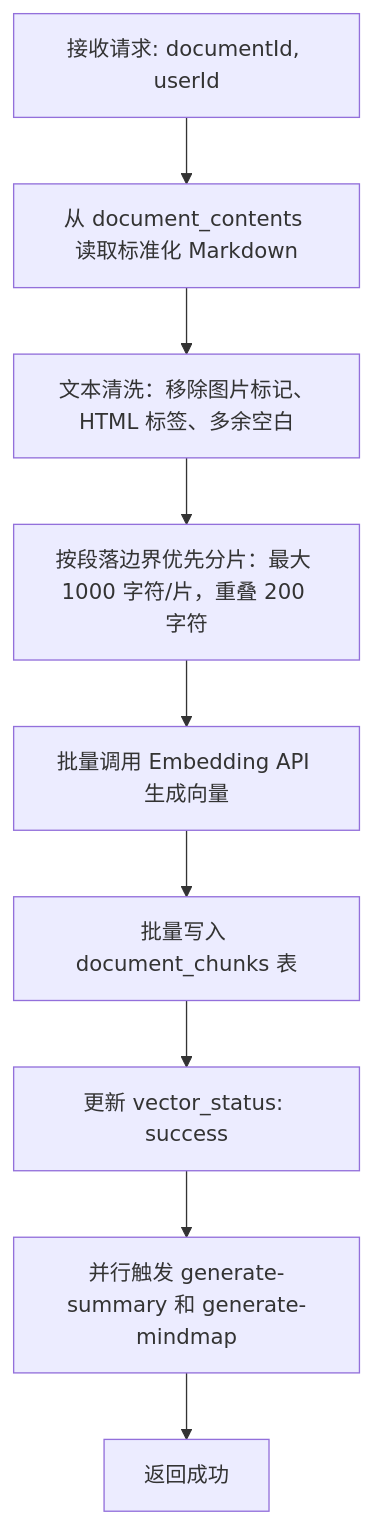
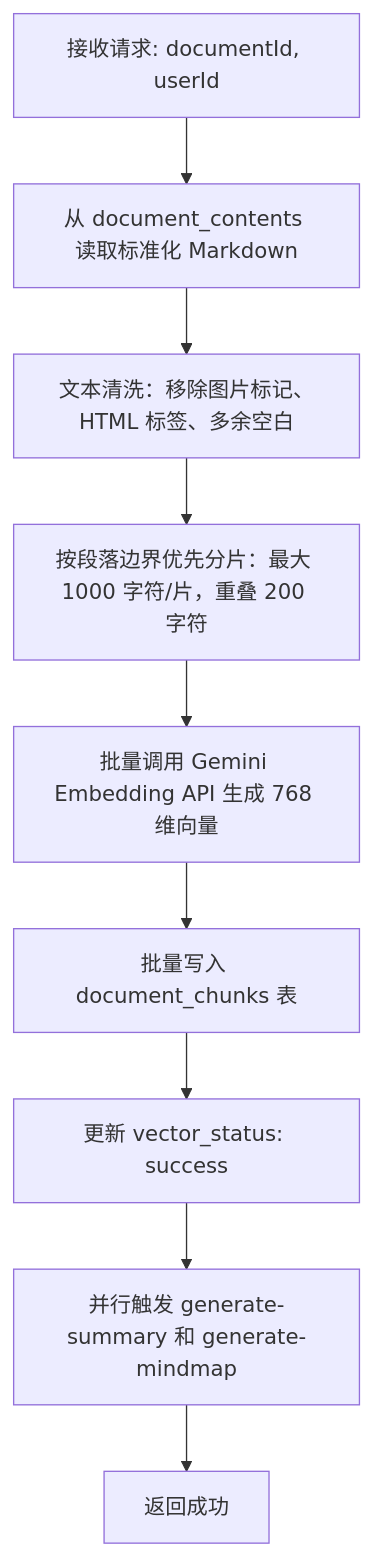
One commit to Jett191/noter changed the fifth of 9 diagrams in .kiro/specs/noter-document-management/design.md. Above: the diagram before and after it, drawn with Mermaid. The commit also changed other lines of this file and 3 other files, not shown here.

````diff
--- a/.kiro/specs/noter-document-management/design.md
+++ b/.kiro/specs/noter-document-management/design.md
@@ -717,11 +775,11 @@
 ```mermaid
 flowchart TD
     A[接收请求: documentId, userId] --> B[从 document_contents 读取标准化 Markdown]
     B --> C[文本清洗：移除图片标记、HTML 标签、多余空白]
     C --> D[按段落边界优先分片：最大 1000 字符/片，重叠 200 字符]
-    D --> E[批量调用 Embedding API 生成向量]
+    D --> E[批量调用 Gemini Embedding API 生成 768 维向量]
     E --> F[批量写入 document_chunks 表]
     F --> G[更新 vector_status: success]
     G --> H[并行触发 generate-summary 和 generate-mindmap]
     H --> I[返回成功]
 ```
````
